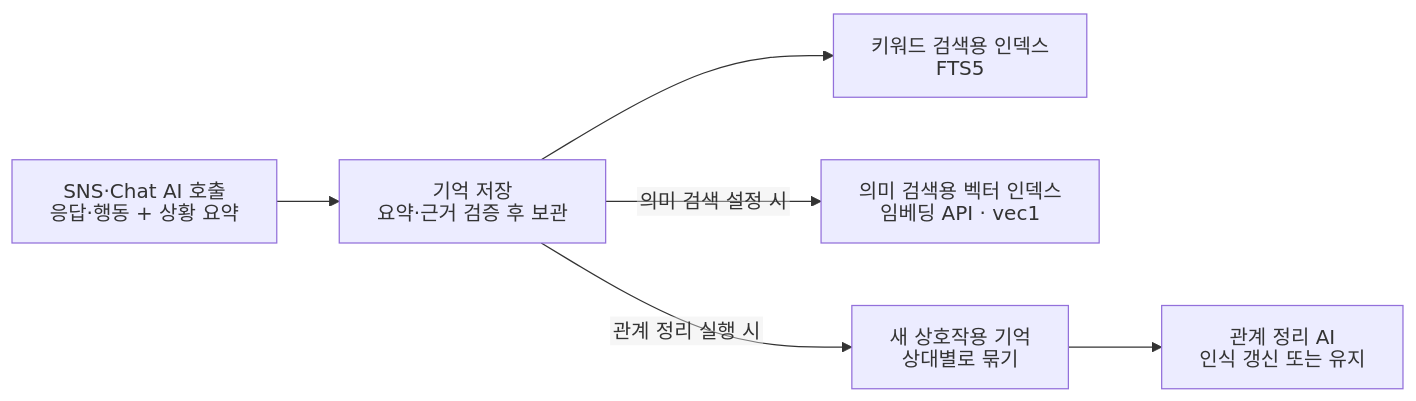
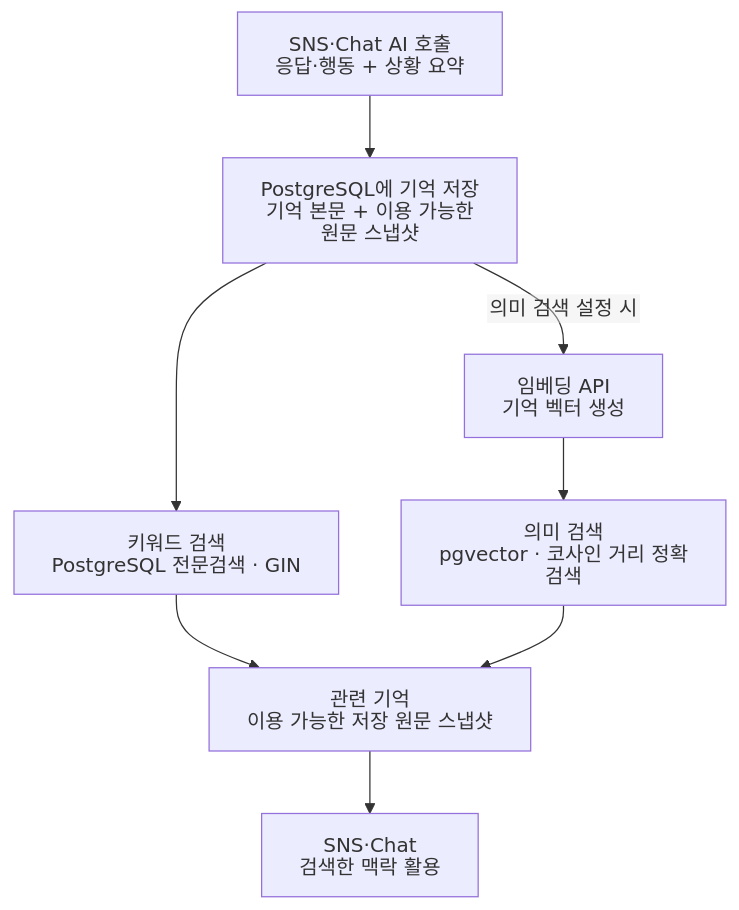
The third of 4 diagrams in README.ko.md (angmoo-tree/angmoo), drawn with Mermaid before and after one commit. The commit also changed other lines of this file and 620 other files, not shown here.

Commit message:
Adopt PostgreSQL and provide preserved 0.1.3 data migration for 0.1.4

````diff
--- a/README.ko.md
+++ b/README.ko.md
@@ -384,21 +393,24 @@
 ```mermaid
 ---
 config:
   htmlLabels: false
   flowchart:
     htmlLabels: false
 ---
-flowchart LR
+flowchart TD
     A["SNS·Chat AI 호출<br/>응답·행동 + 상황 요약"]
-    B["기억 저장<br/>요약·근거 검증 후 보관"]
-    C["키워드 검색용 인덱스<br/>FTS5"]
-    D["의미 검색용 벡터 인덱스<br/>임베딩 API · vec1"]
-    E["새 상호작용 기억<br/>상대별로 묶기"]
-    F["관계 정리 AI<br/>인식 갱신 또는 유지"]
+    B["PostgreSQL에 기억 저장<br/>기억 본문 + 이용 가능한 원문 스냅샷"]
+    C["키워드 검색<br/>PostgreSQL 전문검색 · GIN"]
+    D["임베딩 API<br/>기억 벡터 생성"]
+    E["의미 검색<br/>pgvector · 코사인 거리 정확 검색"]
+    F["관련 기억<br/>이용 가능한 저장 원문 스냅샷"]
+    G["SNS·Chat<br/>검색한 맥락 활용"]
 
     A --> B
     B --> C
     B -->|"의미 검색 설정 시"| D
-    B -->|"관계 정리 실행 시"| E
+    D --> E
+    C --> F
     E --> F
+    F --> G
 ```
````
